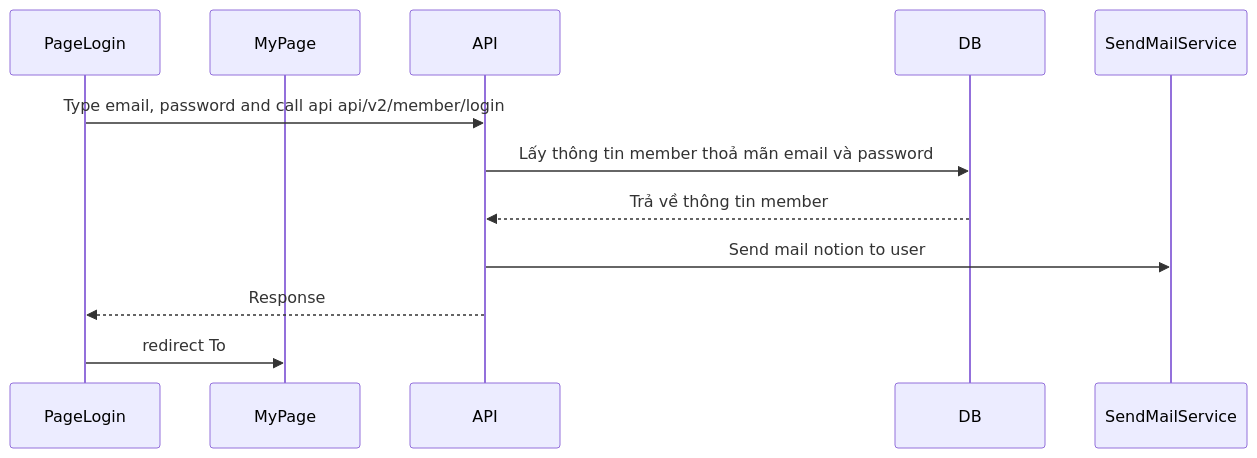
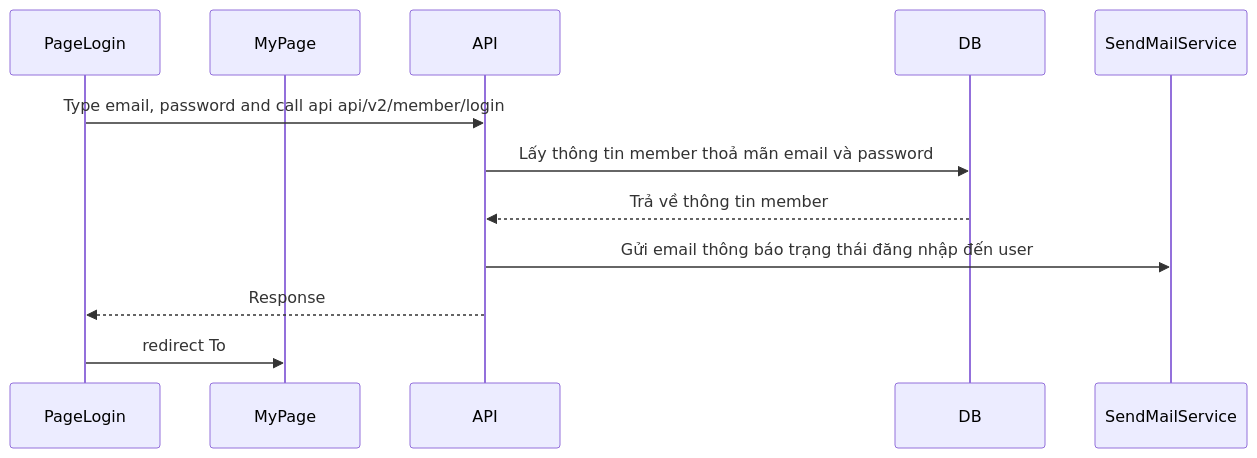
One commit to tuanvh262-zigexn/apw_documents changed the second of 2 diagrams in docs/architecture/features/authen/login.md. Above: the diagram before and after it, drawn with Mermaid. The commit also changed other lines of this file and 1 other file, not shown here.

Commit message:
update flowchart

````diff
--- a/docs/architecture/features/authen/login.md
+++ b/docs/architecture/features/authen/login.md
@@ -32,14 +24,14 @@
 ```mermaid
 sequenceDiagram
     participant PageLogin
     participant MyPage
     participant API
     participant DB
     participant SendMailService
     PageLogin->>API: Type email, password and call api api/v2/member/login
     API->>DB: Lấy thông tin member thoả mãn email và password
     DB-->>API: Trả về thông tin member
-    API->>SendMailService: Send mail notion to user
+    API->>SendMailService: Gửi email thông báo trạng thái đăng nhập đến user 
     API-->>PageLogin: Response
     PageLogin->>MyPage: redirect To
 ```
````
